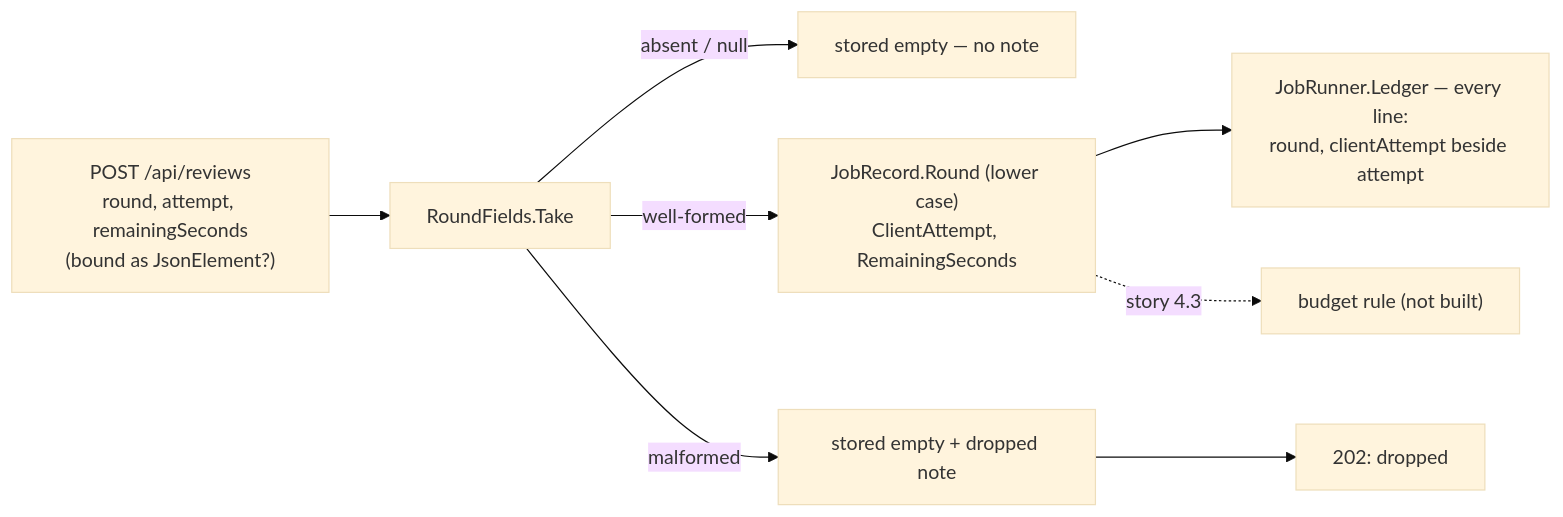
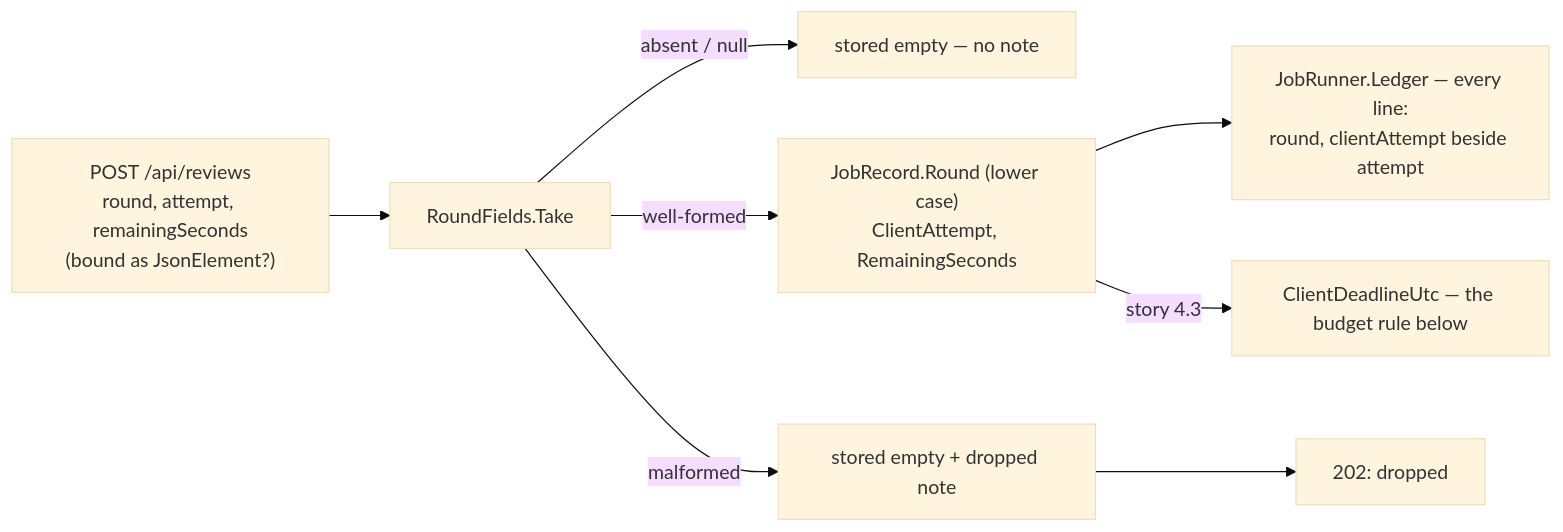
One commit to oleksandrdubyna88/dew_flow_connect_other_ais changed the fifth of 6 diagrams in research/module_team_server.md. Above: the diagram before and after it, drawn with Mermaid (base theme). The commit also changed other lines of this file and 23 other files, not shown here.

First line of the commit message:
wip(server): story 4.3 — no start without budget: a job whose caller can no longer wait is ended at claim, by name, and the claim moves on

````diff
--- a/research/module_team_server.md
+++ b/research/module_team_server.md
@@ -1410,10 +1414,10 @@
 ```mermaid
 flowchart LR
   R["POST /api/reviews<br/>round, attempt, remainingSeconds<br/>(bound as JsonElement?)"] --> T[RoundFields.Take]
   T -->|"absent / null"| E["stored empty — no note"]
   T -->|"well-formed"| J["JobRecord.Round (lower case)<br/>ClientAttempt, RemainingSeconds"]
   T -->|"malformed"| D["stored empty + dropped note"]
   D --> A["202: dropped"]
   J --> L["JobRunner.Ledger — every line:<br/>round, clientAttempt beside attempt"]
-  J -.->|"story 4.3"| B["budget rule (not built)"]
+  J -->|"story 4.3"| B["ClientDeadlineUtc — the budget rule below"]
 ```
````
